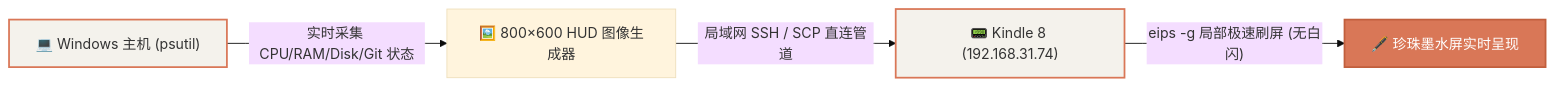
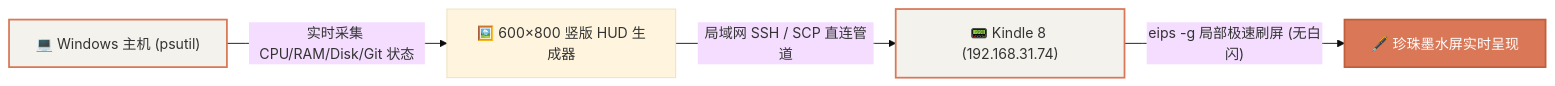
One commit to Xepanda/wiki changed the diagram in docs/projects/kindle/07-pc-hud-monitor-dev.mdx. Above: the diagram before and after it, drawn with Mermaid (base theme). The commit also changed other lines of this file and 3 other files, not shown here.

````diff
--- a/docs/projects/kindle/07-pc-hud-monitor-dev.mdx
+++ b/docs/projects/kindle/07-pc-hud-monitor-dev.mdx
@@ -15,10 +17,10 @@
 ```mermaid
 flowchart LR
-    A["💻 Windows 主机 (psutil)"] -->|"实时采集 CPU/RAM/Disk/Git 状态"| B["🖼️ 800×600 HUD 图像生成器"]
+    A["💻 Windows 主机 (psutil)"] -->|"实时采集 CPU/RAM/Disk/Git 状态"| B["🖼️ 600×800 竖版 HUD 生成器"]
     B -->|"局域网 SSH / SCP 直连管道"| C["📟 Kindle 8 (192.168.31.74)"]
     C -->|"eips -g 局部极速刷屏 (无白闪)"| D["🖋️ 珍珠墨水屏实时呈现"]
 
     style A fill:#f4f2ec,stroke:#d97757,stroke-width:2px
     style C fill:#f4f2ec,stroke:#d97757,stroke-width:2px
     style D fill:#d97757,stroke:#c15f3d,stroke-width:2px,color:#fff
 ```
````
